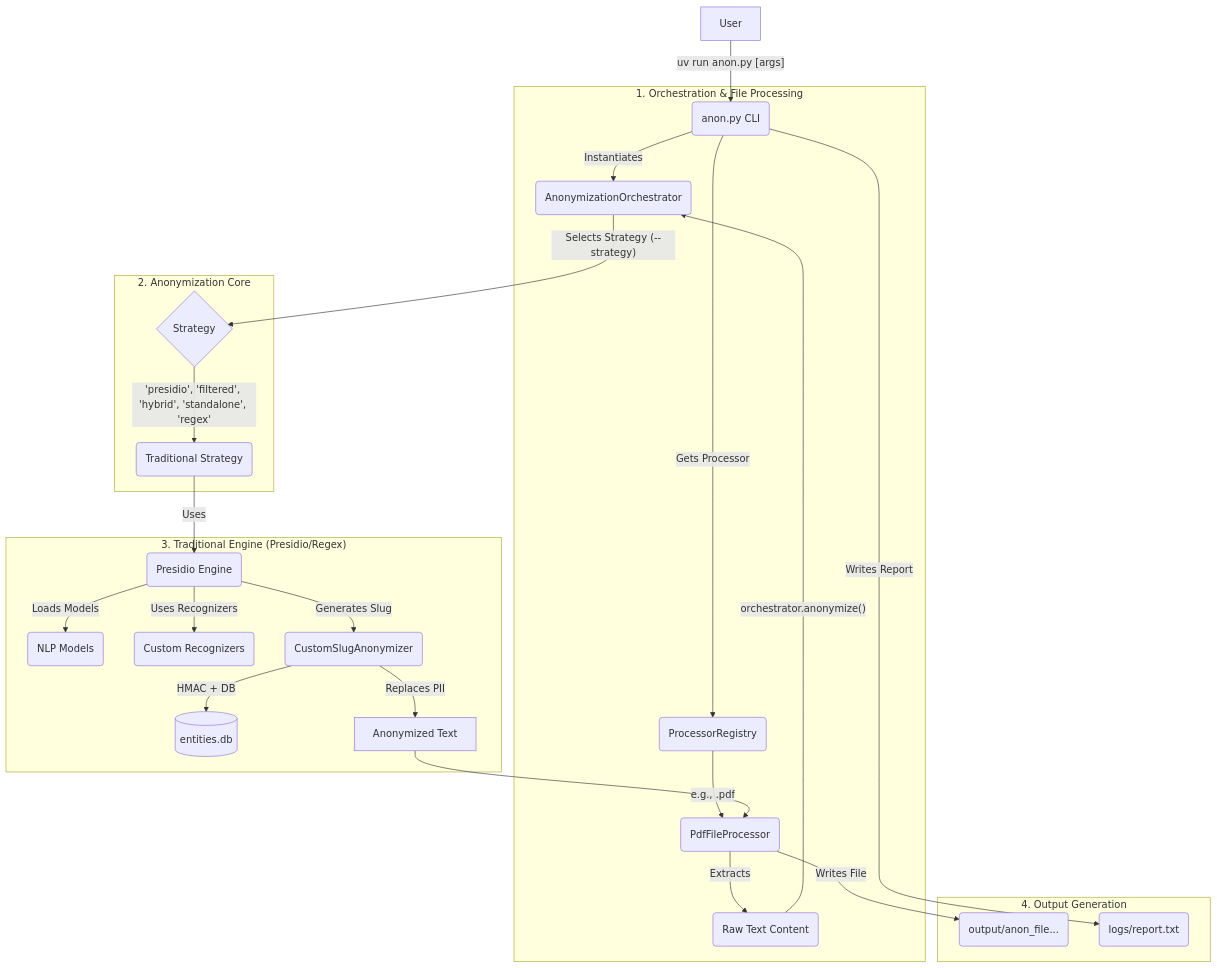
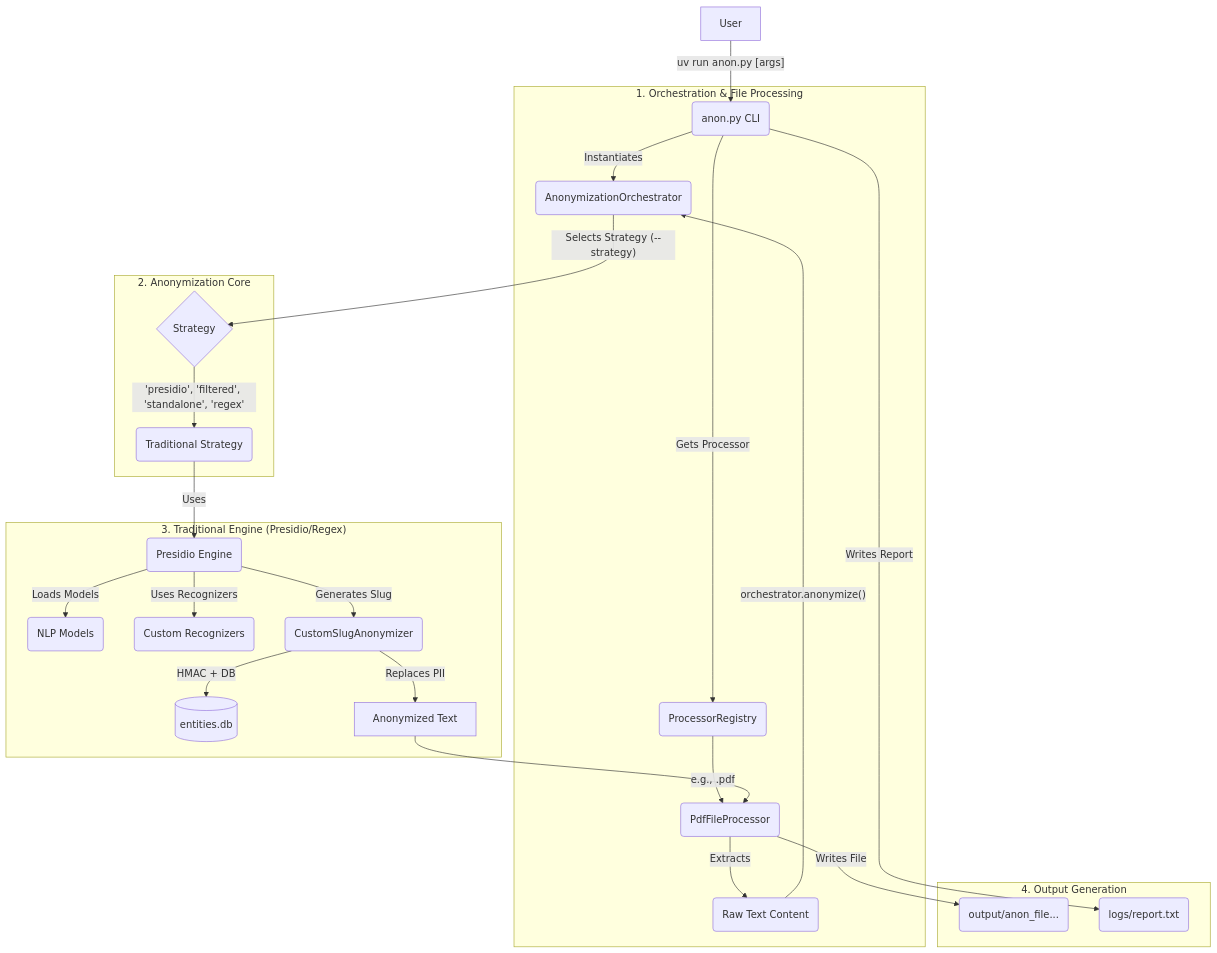
The diagram in docs/developers/ARCHITECTURE.md (AnonShield/anonshield), drawn with Mermaid before and after one commit. The commit also changed other lines of this file and 9 other files, not shown here.

````diff
--- a/docs/developers/ARCHITECTURE.md
+++ b/docs/developers/ARCHITECTURE.md
@@ -7,32 +7,32 @@
 ```mermaid
 graph TD
     A[User] -- "uv run anon.py <file> [args]" --> B(anon.py CLI);
 
     subgraph "1. Orchestration & File Processing"
         B -- "Instantiates" --> Orch(AnonymizationOrchestrator);
         B -- "Gets Processor" --> F(ProcessorRegistry);
         F -- "e.g., .pdf" --> P_PDF(PdfFileProcessor);
         P_PDF -- "Extracts" --> RawText(Raw Text Content);
     end
 
     subgraph "2. Anonymization Core"
         RawText -- "orchestrator.anonymize()" --> Orch;
         Orch -- "Selects Strategy (--strategy)" --> STR_CHOICE{Strategy};
-        STR_CHOICE -- "'presidio', 'filtered', 'hybrid', 'standalone', 'regex'" --> PRESIDIO_STR(Traditional Strategy);
+        STR_CHOICE -- "'presidio', 'filtered', 'standalone', 'regex'" --> PRESIDIO_STR(Traditional Strategy);
     end
 
     subgraph "3. Traditional Engine (Presidio/Regex)"
         PRESIDIO_STR -- "Uses" --> Presidio(Presidio Engine);
         Presidio -- "Loads Models" --> Models(NLP Models);
         Presidio -- "Uses Recognizers" --> Regex(Custom Recognizers);
         Presidio -- "Generates Slug" --> Anonymizer(CustomSlugAnonymizer);
         Anonymizer -- "HMAC + DB" --> DB[(entities.db)];
         Anonymizer -- "Replaces PII" --> AnonymizedText[Anonymized Text];
     end
 
     subgraph "4. Output Generation"
         AnonymizedText --> P_PDF;
         P_PDF -- "Writes File" --> OUT(output/anon_file...);
         B -- "Writes Report" --> LOG(logs/report.txt);
     end
 ```
````
